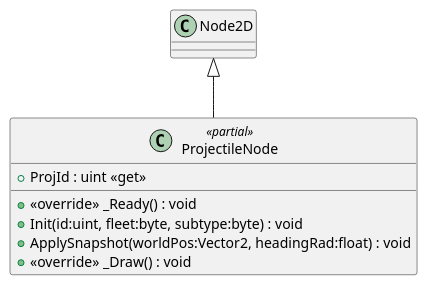
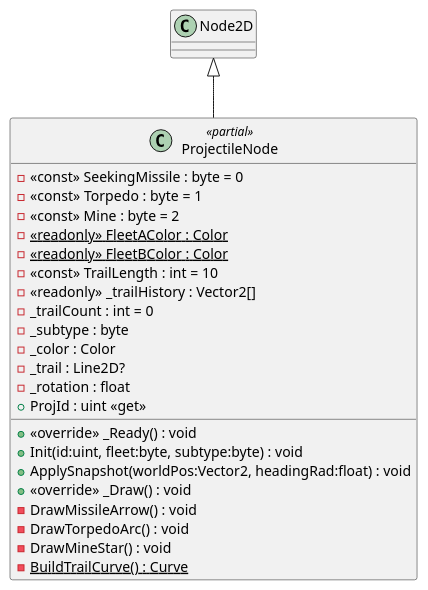
One commit to Tai-trinh/skock changed the diagram in diagrams/csharp/client/src/rendering/ProjectileNode.puml. Above: the diagram before and after it, drawn with PlantUML. The commit also changed 50 other files, not shown here.

```diff
--- a/diagrams/csharp/client/src/rendering/ProjectileNode.puml
+++ b/diagrams/csharp/client/src/rendering/ProjectileNode.puml
@@ -1,10 +1,26 @@
 @startuml
 class ProjectileNode <<partial>> {
+    - <<const>> SeekingMissile : byte = 0
+    - <<const>> Torpedo : byte = 1
+    - <<const>> Mine : byte = 2
+    - {static} <<readonly>> FleetAColor : Color
+    - {static} <<readonly>> FleetBColor : Color
+    - <<const>> TrailLength : int = 10
+    - <<readonly>> _trailHistory : Vector2[]
+    - _trailCount : int = 0
+    - _subtype : byte
+    - _color : Color
+    - _trail : Line2D?
+    - _rotation : float
     + ProjId : uint <<get>>
     + <<override>> _Ready() : void
     + Init(id:uint, fleet:byte, subtype:byte) : void
     + ApplySnapshot(worldPos:Vector2, headingRad:float) : void
     + <<override>> _Draw() : void
+    - DrawMissileArrow() : void
+    - DrawTorpedoArc() : void
+    - DrawMineStar() : void
+    - {static} BuildTrailCurve() : Curve
 }
 Node2D <|-- ProjectileNode
 @enduml
```
